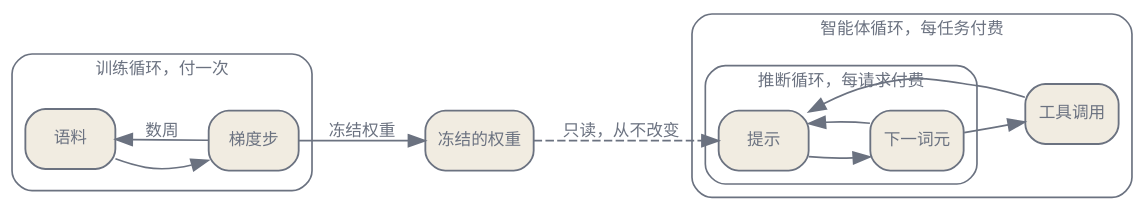
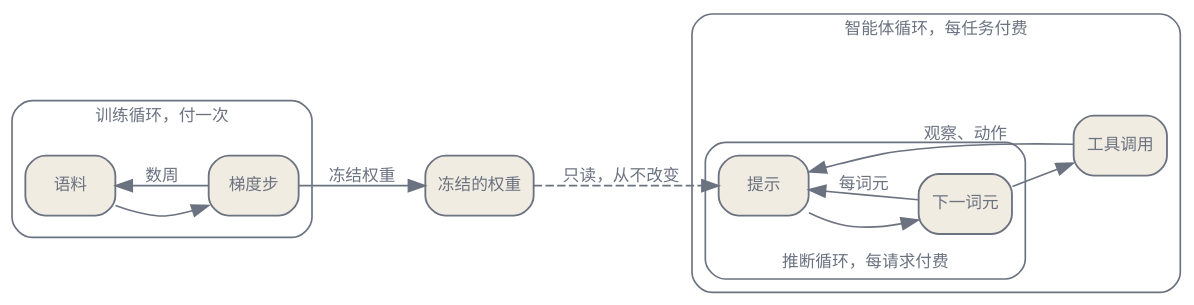
The second of 3 diagrams in zh/orientation/01-whole-stack.qmd (latere-ai/ai-as-an-infrastructure), drawn with Graphviz before and after one commit. The commit also changed 1 other file, not shown here.

Commit message:
orientation: keep nested-loop labels clear of the inference cluster title

````diff
--- a/zh/orientation/01-whole-stack.qmd
+++ b/zh/orientation/01-whole-stack.qmd
@@ -69,34 +69,34 @@
 ```{dot}
 //| label: fig-whole-stack-loops
 //| fig-cap: "三个嵌套的循环。训练循环运行一次并冻结权重。每个推断循环读取那些冻结的权重，并按请求付费。智能体循环在每个任务里包含多次推断循环。成本按每个循环运行的节奏付出。"
 digraph {
   bgcolor="transparent";
   rankdir=LR;
   nodesep=0.4; ranksep=0.5;
   node [shape=box, style="rounded,filled", fontname="Helvetica", fontsize=10, color="#6b7280", fontcolor="#6b7280", fillcolor="#f1ece1", penwidth=1.1];
   edge [fontsize=10, fontname="Helvetica", color="#6b7280", fontcolor="#6b7280"];
   subgraph cluster_TR {
     label="训练循环，付一次"; style=rounded; color="#6b7280"; fontcolor="#6b7280"; fontsize=10;
     corpus [label="语料"];
     grad [label="梯度步"];
     corpus -> grad;
     grad -> corpus [label="数周"];
   }
   W [label="冻结的权重"];
   subgraph cluster_AG {
     label="智能体循环，每任务付费"; style=rounded; color="#6b7280"; fontcolor="#6b7280"; fontsize=10;
     subgraph cluster_INF {
-      label="推断循环，每请求付费"; style=rounded; color="#6b7280"; fontcolor="#6b7280"; fontsize=10;
+      label="推断循环，每请求付费"; labelloc="b"; style=rounded; color="#6b7280"; fontcolor="#6b7280"; fontsize=10;
       prompt [label="提示"];
       tok [label="下一词元"];
       prompt -> tok;
-      tok -> prompt;
+      tok -> prompt [label="每词元"];
     }
     tool [label="工具调用"];
     tok -> tool;
-    tool -> prompt;
+    tool -> prompt [label="观察、动作"];
   }
   grad -> W [label="冻结权重"];
   W -> prompt [style=dashed, label="只读，从不改变"];
 }
 ```
````
